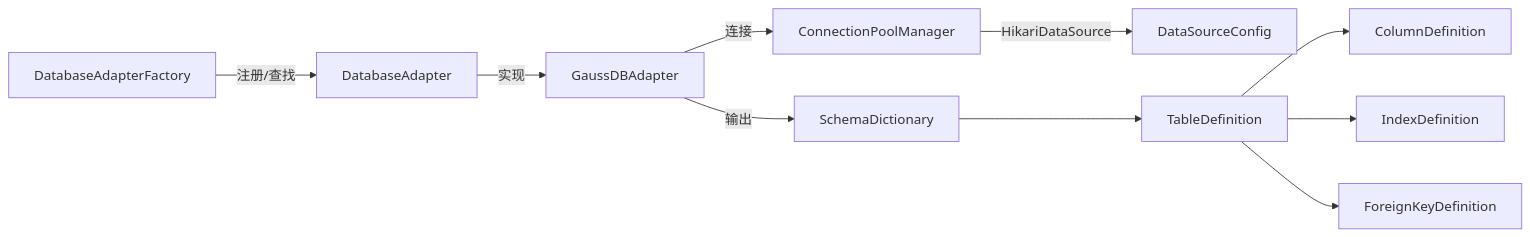
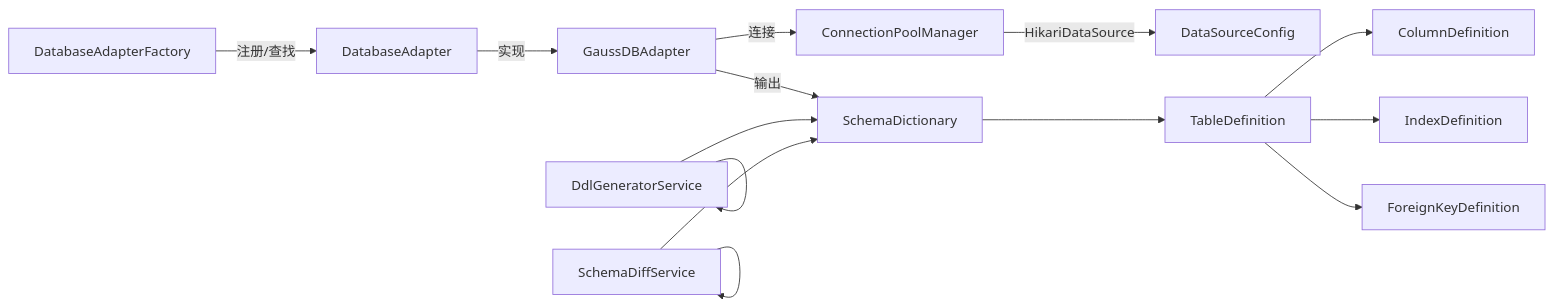
The tenth of 10 diagrams in .qoder/repowiki/zh/content/数据库适配器/数据库适配器实现/GaussDB适配器实现.md (SamLing-Why/SchemaSync), drawn with Mermaid before and after one commit. The commit also changed other lines of this file and 32 other files, not shown here.

````diff
--- a/.qoder/repowiki/zh/content/数据库适配器/数据库适配器实现/GaussDB适配器实现.md
+++ b/.qoder/repowiki/zh/content/数据库适配器/数据库适配器实现/GaussDB适配器实现.md
@@ -360,12 +519,16 @@
 ```mermaid
 graph LR
 DAF["DatabaseAdapterFactory"] --> |注册/查找| DA["DatabaseAdapter"]
 DA --> |实现| GA["GaussDBAdapter"]
 GA --> |连接| CPM["ConnectionPoolManager"]
 CPM --> |HikariDataSource| DS["DataSourceConfig"]
 GA --> |输出| SD["SchemaDictionary"]
 SD --> TD["TableDefinition"]
 TD --> CD["ColumnDefinition"]
 TD --> ID["IndexDefinition"]
 TD --> FK["ForeignKeyDefinition"]
+DGS["DdlGeneratorService"] --> SD
+SDS["SchemaDiffService"] --> SD
+DGS --> DGS
+SDS --> SDS
 ```
````
